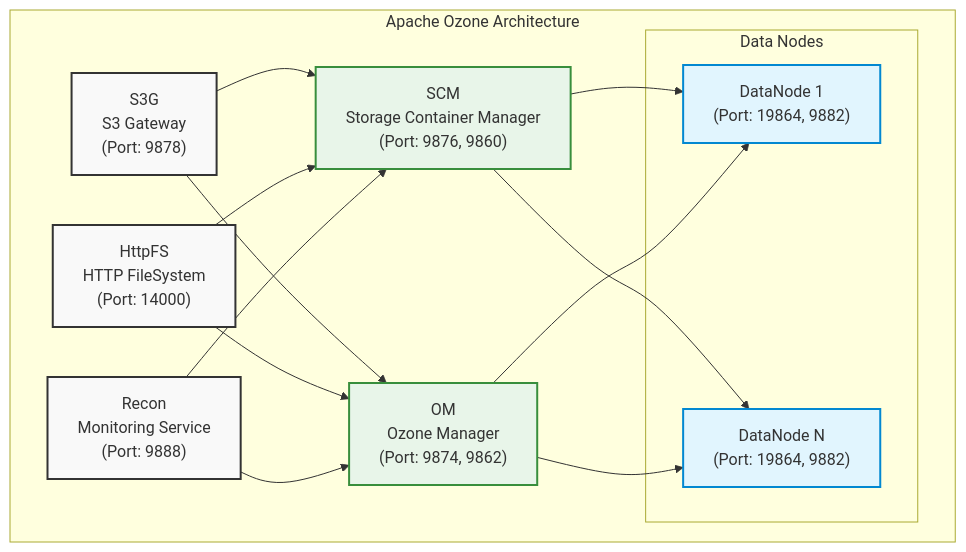
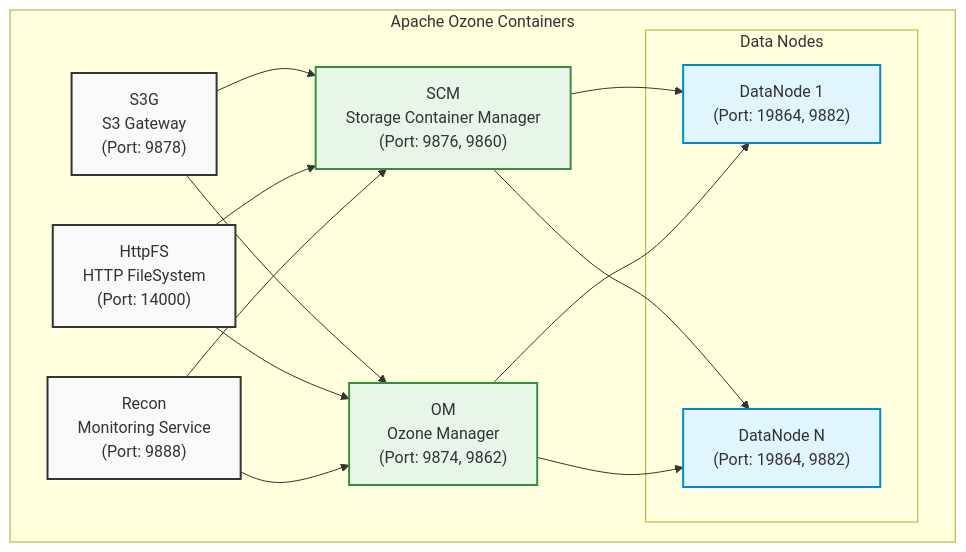
Before and after one commit to apache/ozone-site: the diagram in docs/08-developer-guide/02-run/02-docker-compose.md, drawn with Mermaid. The commit also changed other lines of this file and 2 other files, not shown here.

````diff
--- a/docs/08-developer-guide/02-run/02-docker-compose.md
+++ b/docs/08-developer-guide/02-run/02-docker-compose.md
@@ -74,34 +76,34 @@
 ```mermaid
 graph TB
-    subgraph "Apache Ozone Architecture"
+    subgraph "Apache Ozone Containers"
         scm["SCM<br/>Storage Container Manager<br/>(Port: 9876, 9860)"]
         om["OM<br/>Ozone Manager<br/>(Port: 9874, 9862)"]
         s3g["S3G<br/>S3 Gateway<br/>(Port: 9878)"]
         recon["Recon<br/>Monitoring Service<br/>(Port: 9888)"]
         httpfs["HttpFS<br/>HTTP FileSystem<br/>(Port: 14000)"]
         
         subgraph "Data Nodes"
             dn1["DataNode 1<br/>(Port: 19864, 9882)"]
             dnN["DataNode N<br/>(Port: 19864, 9882)"]
         end
         
         %% Connections
         scm --> dn1
         scm --> dnN
         om --> dn1
         om --> dnN
         s3g --> om
         s3g --> scm
         httpfs --> om
         httpfs --> scm
         recon --> scm
         recon --> om
     end
 
     classDef default fill:#f9f9f9,stroke:#333,stroke-width:2px;
     classDef datanode fill:#e1f5fe,stroke:#0288d1,stroke-width:2px;
     classDef manager fill:#e8f5e9,stroke:#388e3c,stroke-width:2px;
     
     class dn1,dnN datanode;
     class scm,om manager;
 ```
````
